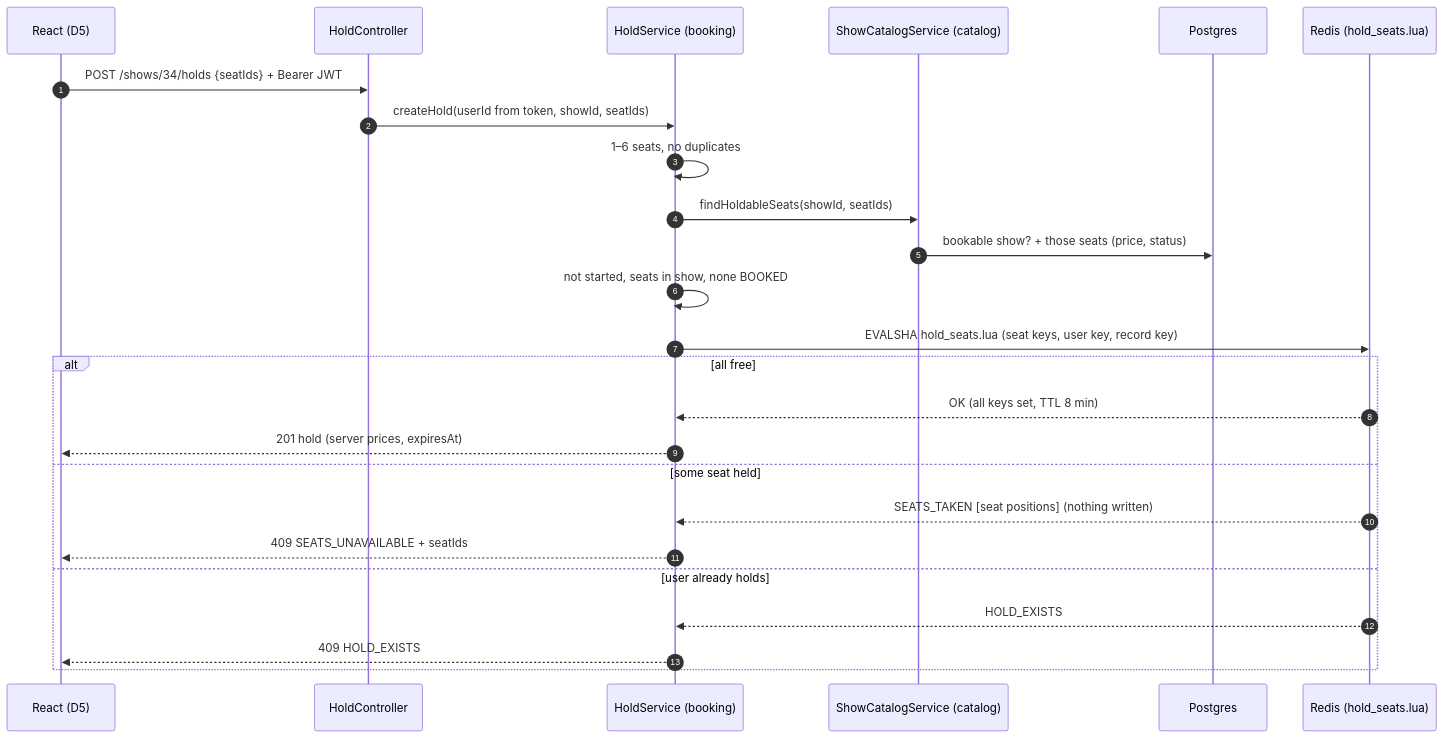
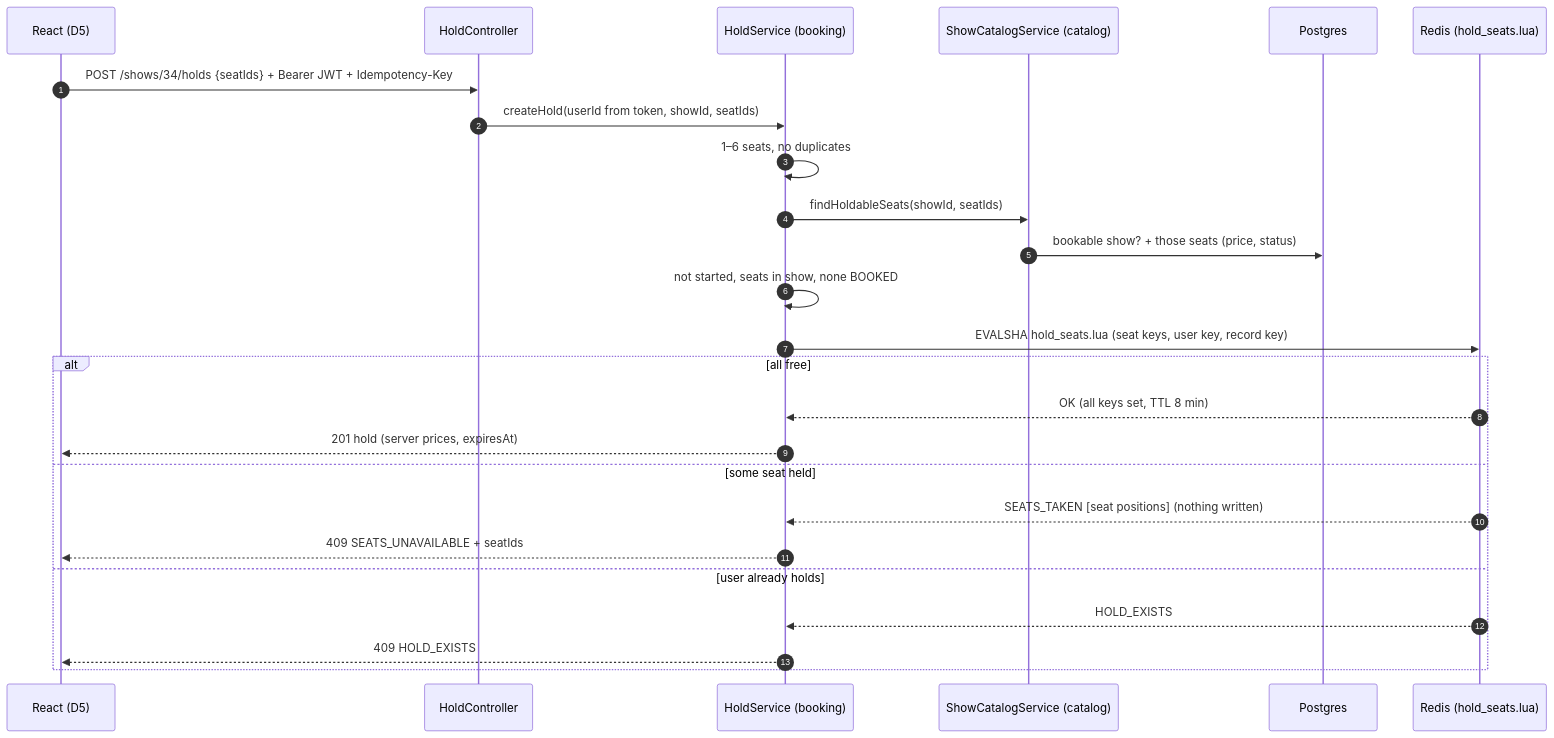
Before and after one commit to prajjwalpathak/SeatLock: the fourth of 4 diagrams in docs/architecture.md, drawn with Mermaid. The commit also changed other lines of this file and 25 other files, not shown here.

First line of the commit message:
feat(common): Idempotency-Key infrastructure, applied to POST /holds (W3·D3) (#3)

````diff
--- a/docs/architecture.md
+++ b/docs/architecture.md
@@ -213,27 +213,27 @@
 ```mermaid
 sequenceDiagram
     autonumber
     participant UI as React (D5)
     participant C as HoldController
     participant S as HoldService (booking)
     participant CAT as ShowCatalogService (catalog)
     participant DB as Postgres
     participant R as Redis (hold_seats.lua)
-    UI->>C: POST /shows/34/holds {seatIds} + Bearer JWT
+    UI->>C: POST /shows/34/holds {seatIds} + Bearer JWT + Idempotency-Key
     C->>S: createHold(userId from token, showId, seatIds)
     S->>S: 1–6 seats, no duplicates
     S->>CAT: findHoldableSeats(showId, seatIds)
     CAT->>DB: bookable show? + those seats (price, status)
     S->>S: not started, seats in show, none BOOKED
     S->>R: EVALSHA hold_seats.lua (seat keys, user key, record key)
     alt all free
         R-->>S: OK (all keys set, TTL 8 min)
         S-->>UI: 201 hold (server prices, expiresAt)
     else some seat held
         R-->>S: SEATS_TAKEN [seat positions] (nothing written)
         S-->>UI: 409 SEATS_UNAVAILABLE + seatIds
     else user already holds
         R-->>S: HOLD_EXISTS
         S-->>UI: 409 HOLD_EXISTS
     end
 ```
````
